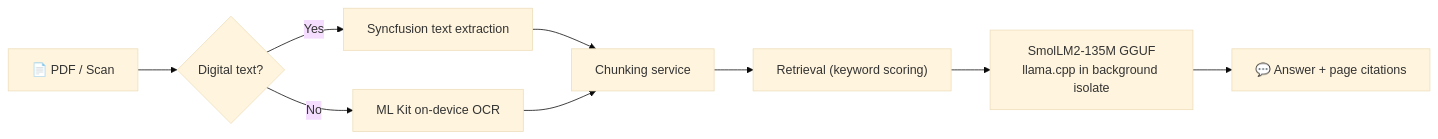
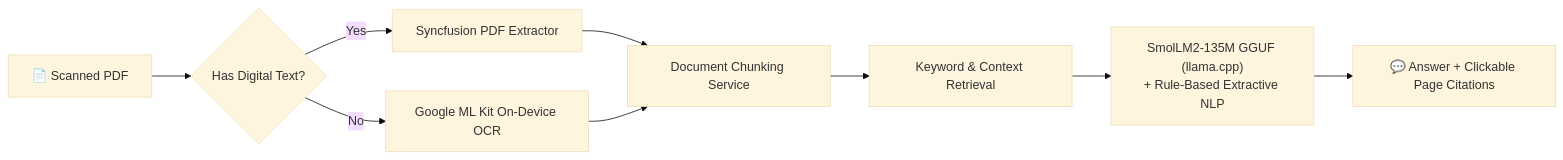
Before and after one commit to jawaanquizziz/Scanora: the first of 2 diagrams in README.md, drawn with Mermaid (base theme). The commit also changed other lines of this file and 19 other files, not shown here.

````diff
--- a/README.md
+++ b/README.md
@@ -130,11 +115,11 @@
 ```mermaid
 flowchart LR
-    A["📄 PDF / Scan"] --> B{"Digital text?"}
-    B -- Yes --> C["Syncfusion text extraction"]
-    B -- No --> D["ML Kit on-device OCR"]
-    C --> E["Chunking service"]
+    A["📄 Scanned PDF"] --> B{"Has Digital Text?"}
+    B -- Yes --> C["Syncfusion PDF Extractor"]
+    B -- No --> D["Google ML Kit On-Device OCR"]
+    C --> E["Document Chunking Service"]
     D --> E
-    E --> F["Retrieval (keyword scoring)"]
-    F --> G["SmolLM2-135M GGUF<br/>llama.cpp in background isolate"]
-    G --> H["💬 Answer + page citations"]
+    E --> F["Keyword & Context Retrieval"]
+    F --> G["SmolLM2-135M GGUF (llama.cpp)<br/>+ Rule-Based Extractive NLP"]
+    G --> H["💬 Answer + Clickable Page Citations"]
 ```
````
